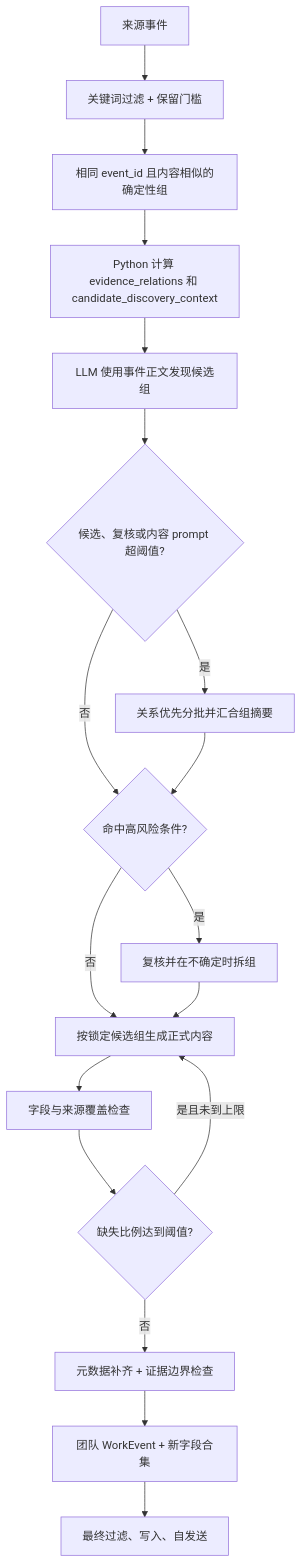
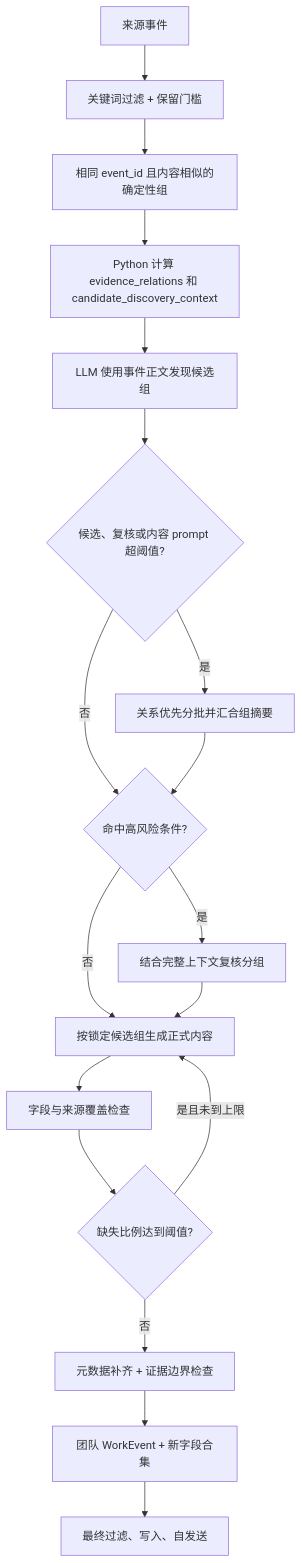
Before and after one commit to sunweisheng/WorkTrace: the fourth of 4 diagrams in docs/detailed-design.md, drawn with Mermaid. The commit also changed other lines of this file and 11 other files, not shown here.

````diff
--- a/docs/detailed-design.md
+++ b/docs/detailed-design.md
@@ -339,20 +339,20 @@
 ```mermaid
 flowchart TD
     A["来源事件"] --> B["关键词过滤 + 保留门槛"]
     B --> C["相同 event_id 且内容相似的确定性组"]
     C --> D["Python 计算 evidence_relations 和 candidate_discovery_context"]
     D --> E["LLM 使用事件正文发现候选组"]
     E --> F{"候选、复核或内容 prompt 超阈值?"}
     F -->|"是"| G["关系优先分批并汇合组摘要"]
     F -->|"否"| R{"命中高风险条件?"}
     G --> R
-    R -->|"是"| V["复核并在不确定时拆组"]
+    R -->|"是"| V["结合完整上下文复核分组"]
     R -->|"否"| H["按锁定候选组生成正式内容"]
     V --> H
     H --> I["字段与来源覆盖检查"]
     I --> J{"缺失比例达到阈值?"}
     J -->|"是且未到上限"| H
     J -->|"否"| K["元数据补齐 + 证据边界检查"]
     K --> L["团队 WorkEvent + 新字段合集"]
     L --> M["最终过滤、写入、自发送"]
 ```
````
